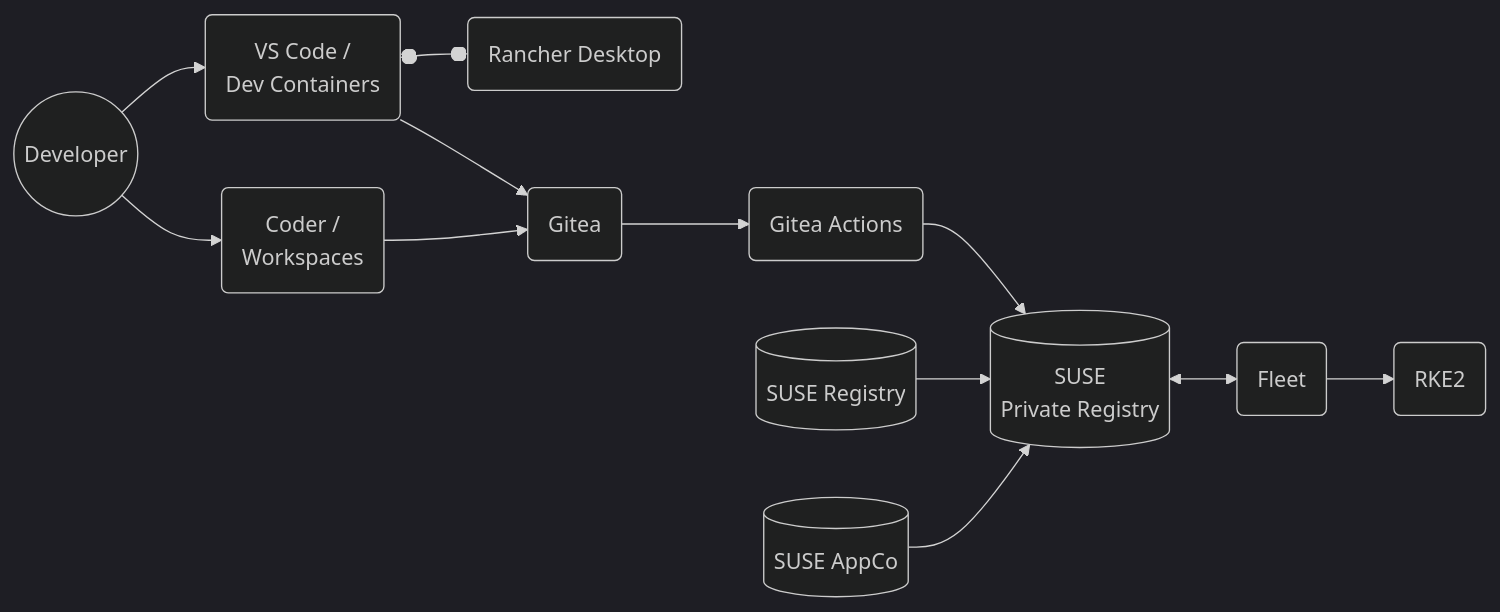
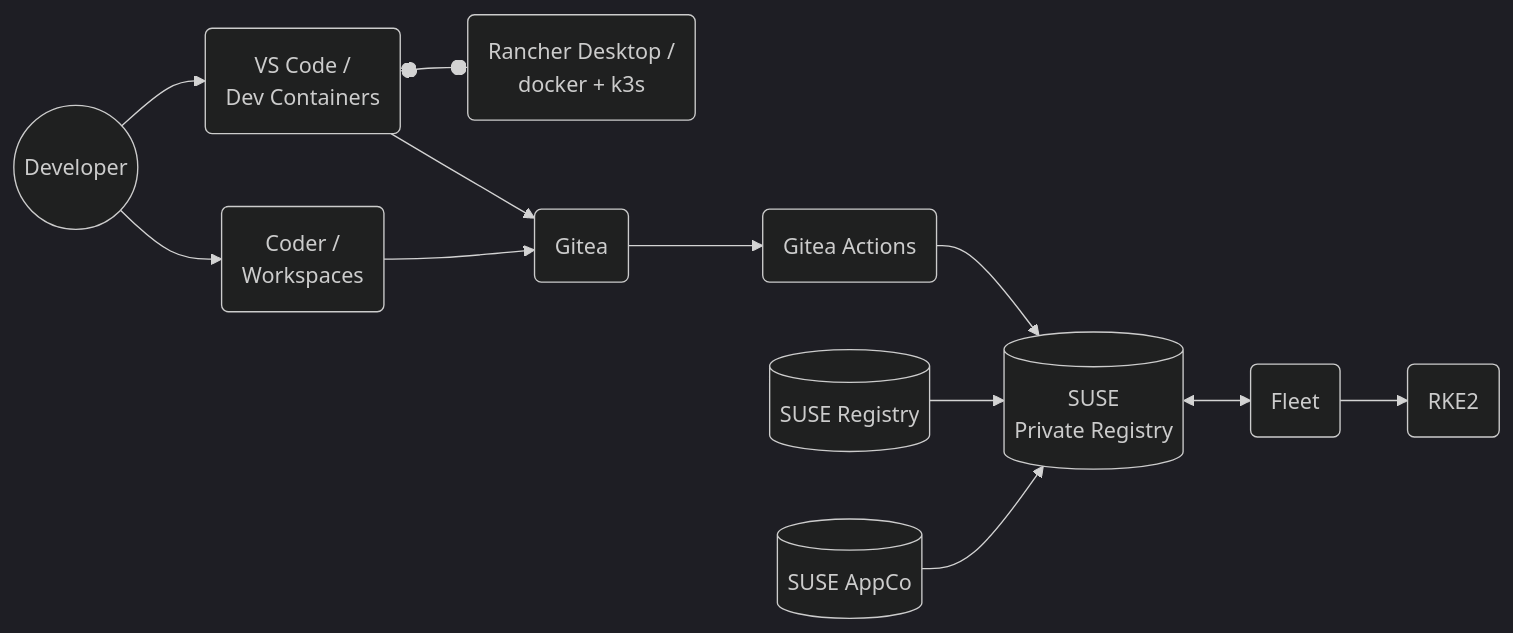
Before and after one commit to rancher/devx-designs: the first of 4 diagrams in docs/docs/intro.md, drawn with Mermaid (dark theme). The commit also changed other lines of this file and 1 other file, not shown here.

````diff
--- a/docs/docs/intro.md
+++ b/docs/docs/intro.md
@@ -28,26 +28,27 @@
 ```mermaid
 flowchart LR
     Dev((Developer))
     --> VSC("VS Code /
     Dev Containers") 
-    o--o RD(Rancher Desktop)
+    o--o RD("Rancher Desktop / 
+            docker + k3s")
     VSC --> GT("Gitea")
         --> GHA(Gitea Actions)
         --> SPR[("SUSE 
         Private Registry")] <--> FLT(Fleet)
         --> RKE2(RKE2)
 
     Dev --> CD("Coder /
     Workspaces") --> GT
 
     %% VSC --> GH("Github")
     %% CD --> GH
     %% GH --> GHA
 
     %% VSC --> GL("Gitlab")
     %% CD --> GL
     %% GL --> GHA
 
     BCI[(SUSE Registry)] --> SPR
     AC[(SUSE AppCo)] --> SPR
 ```
````
